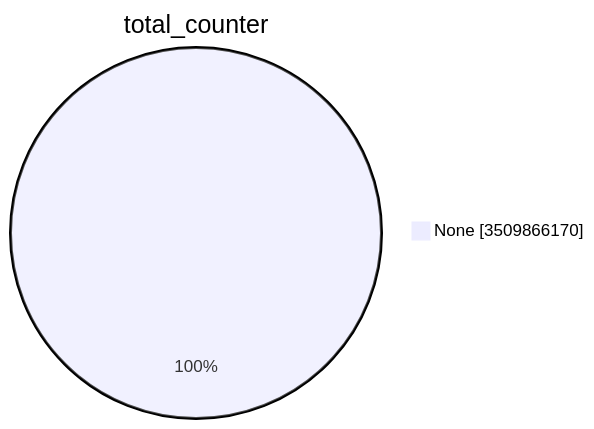
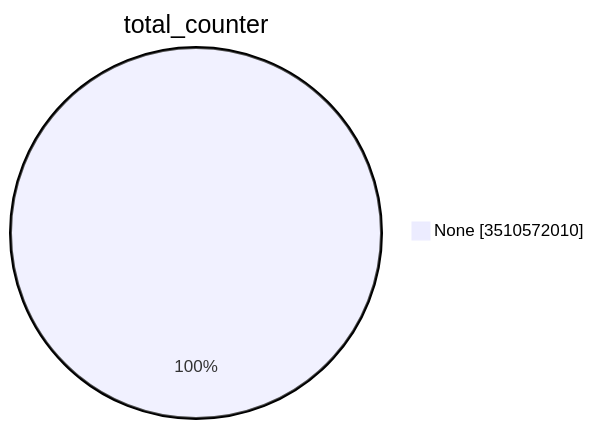
Before and after one commit to christiankrug/ctmonitor_visualization: the first of 15 diagrams in TOTAL/README.md, drawn with Mermaid. The commit also changed other lines of this file, not shown here.

````diff
--- a/TOTAL/README.md
+++ b/TOTAL/README.md
@@ -1,5 +1,5 @@
 ```mermaid
 pie showData
 title total_counter
-"None" :3509866170
+"None" :3510572010
 ```
````
